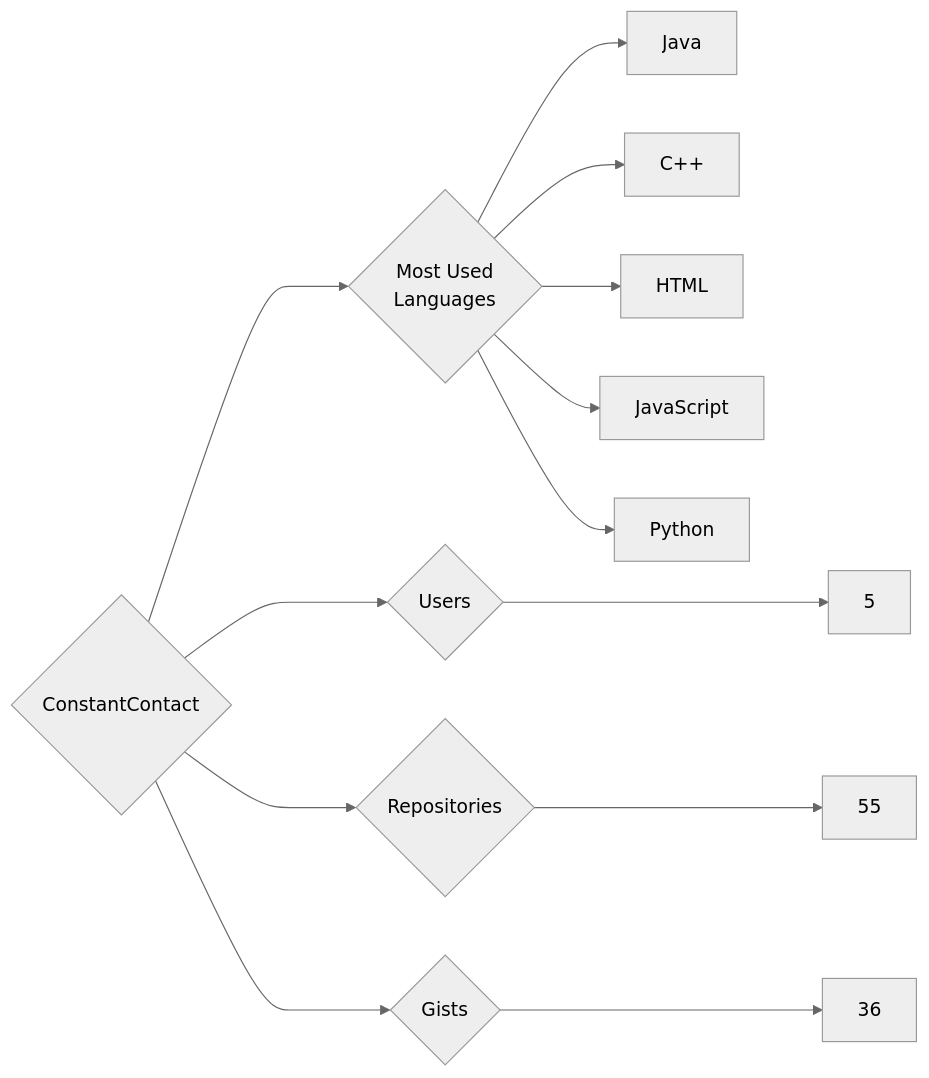
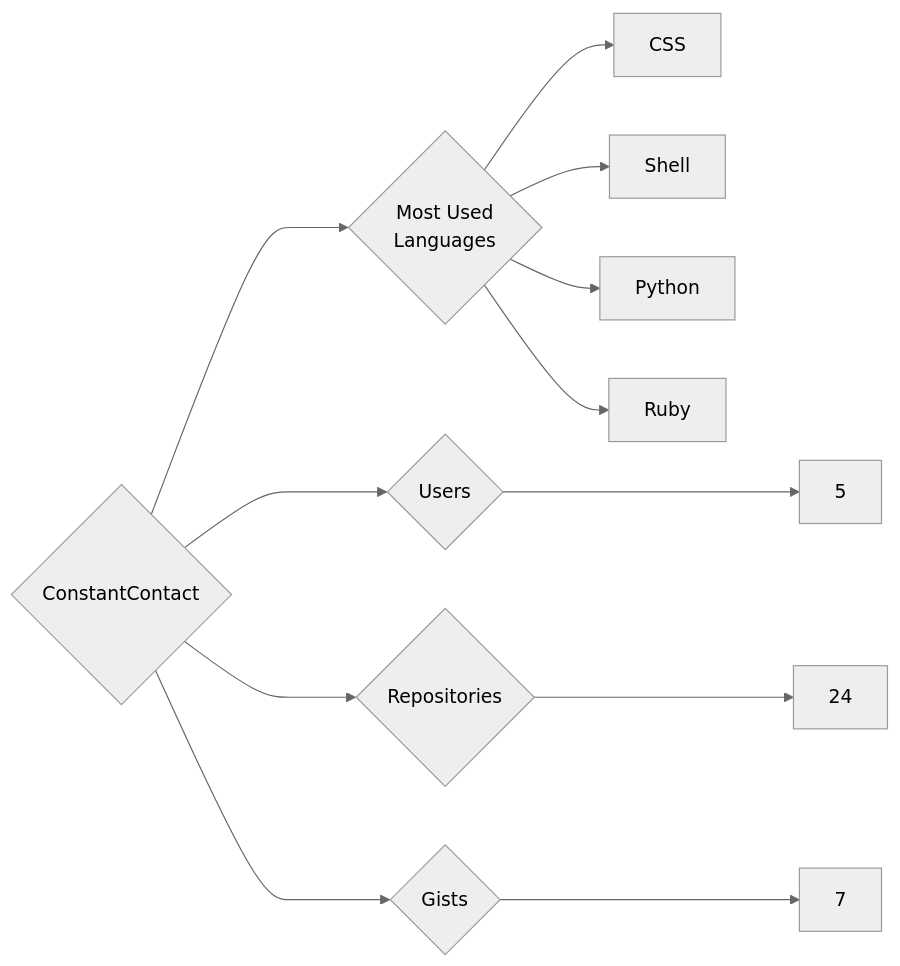
One commit to trickest/insiders changed the diagram in targets/ConstantContact/README.md. Above: the diagram before and after it, drawn with Mermaid (neutral theme). The commit also changed 1175 other files, not shown here.

````diff
--- a/targets/ConstantContact/README.md
+++ b/targets/ConstantContact/README.md
@@ -3,13 +3,12 @@
 ```mermaid
 graph LR
 COMPANY_NAME{ConstantContact}
 COMPANY_NAME ---> U{Users} ---> UN[5]
-COMPANY_NAME ---> R{Repositories} ---> RN[55]
-COMPANY_NAME ---> G{Gists} ---> GN[36]
+COMPANY_NAME ---> R{Repositories} ---> RN[24]
+COMPANY_NAME ---> G{Gists} ---> GN[7]
 COMPANY_NAME ---> ML{Most Used<br>Languages}
-ML --> Java[Java]
-ML --> C++[C++]
-ML --> HTML[HTML]
-ML --> JavaScript[JavaScript]
+ML --> CSS[CSS]
+ML --> Shell[Shell]
 ML --> Python[Python]
+ML --> Ruby[Ruby]
 ```
````
